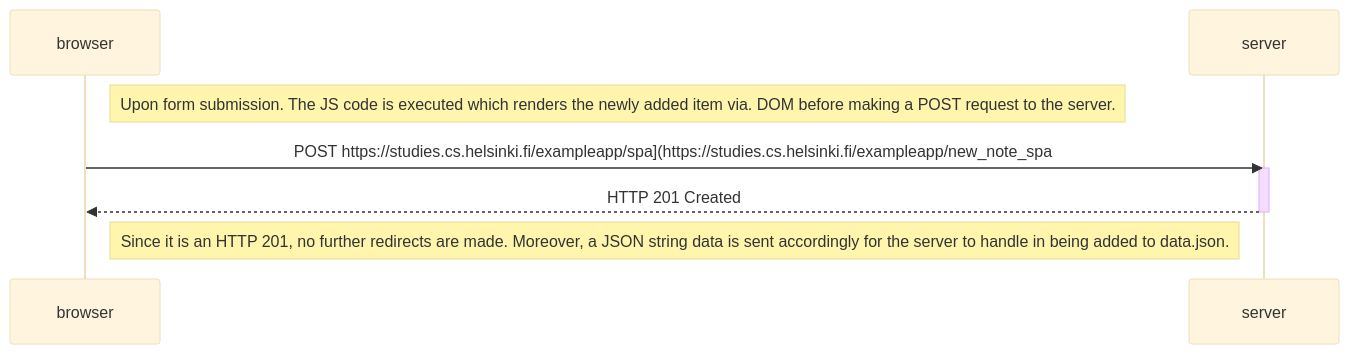
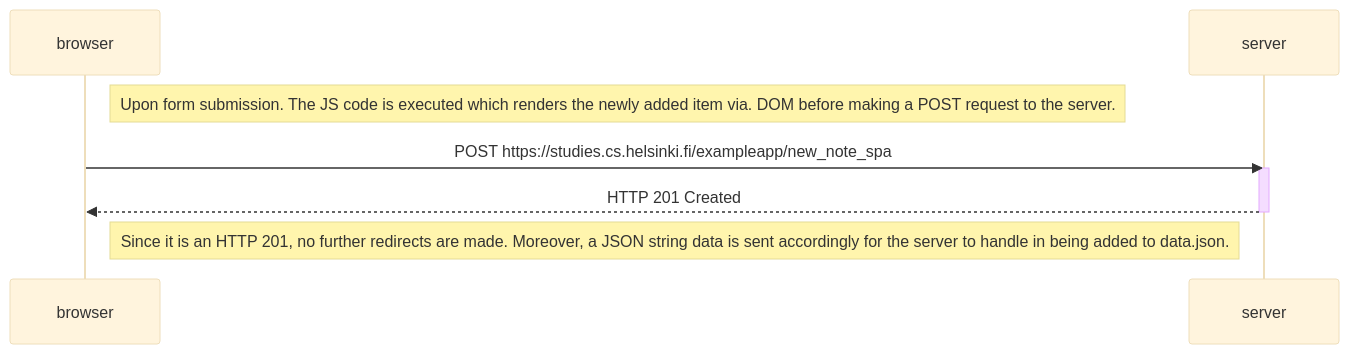
One commit to iDLEWINK/fso-part0 changed the diagram in exer6.md. Above: the diagram before and after it, drawn with Mermaid (base theme).

````diff
--- a/exer6.md
+++ b/exer6.md
@@ -1,14 +1,14 @@
 ```mermaid
 sequenceDiagram
     participant browser
     participant server
 
     Note right of browser: Upon form submission. The JS code is executed which renders the newly added item via. DOM before making a POST request to the server.
 
-    browser->>server: POST https://studies.cs.helsinki.fi/exampleapp/spa](https://studies.cs.helsinki.fi/exampleapp/new_note_spa
+    browser->>server: POST https://studies.cs.helsinki.fi/exampleapp/new_note_spa
     activate server
     server-->>browser: HTTP 201 Created
     deactivate server
 
     Note right of browser: Since it is an HTTP 201, no further redirects are made. Moreover, a JSON string data is sent accordingly for the server to handle in being added to data.json.
 ```
````
